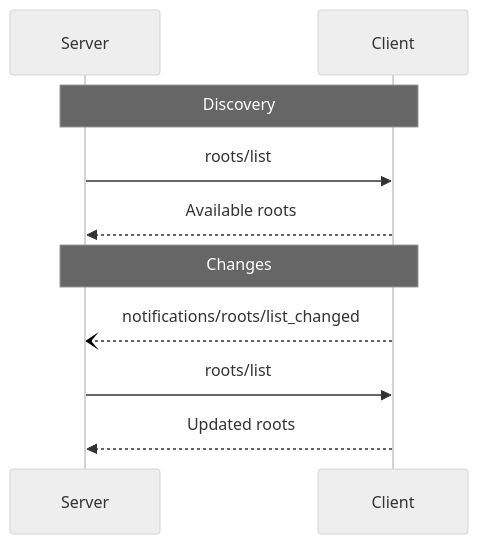
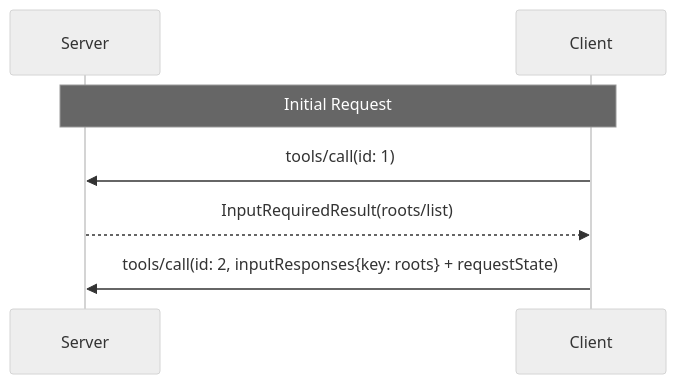
The diagram in mcp-typescript/references/repos/modelcontextprotocol/docs/specification/draft/client/roots.mdx (maguroid/skills), drawn with Mermaid (neutral theme) before and after one commit. The commit also changed other lines of this file and 2208 other files, not shown here.

````diff
--- a/mcp-typescript/references/repos/modelcontextprotocol/docs/specification/draft/client/roots.mdx
+++ b/mcp-typescript/references/repos/modelcontextprotocol/docs/specification/draft/client/roots.mdx
@@ -91,14 +83,10 @@
 ```mermaid
 sequenceDiagram
     participant Server
     participant Client
 
-    Note over Server,Client: Discovery
-    Server->>Client: roots/list
-    Client-->>Server: Available roots
-
-    Note over Server,Client: Changes
-    Client--)Server: notifications/roots/list_changed
-    Server->>Client: roots/list
-    Client-->>Server: Updated roots
+    Note over Server,Client: Initial Request
+    Client->>Server: tools/call(id: 1)
+    Server-->>Client: InputRequiredResult(roots/list)
+    Client->>Server: tools/call(id: 2, inputResponses{key: roots} + requestState)
 ```
````
